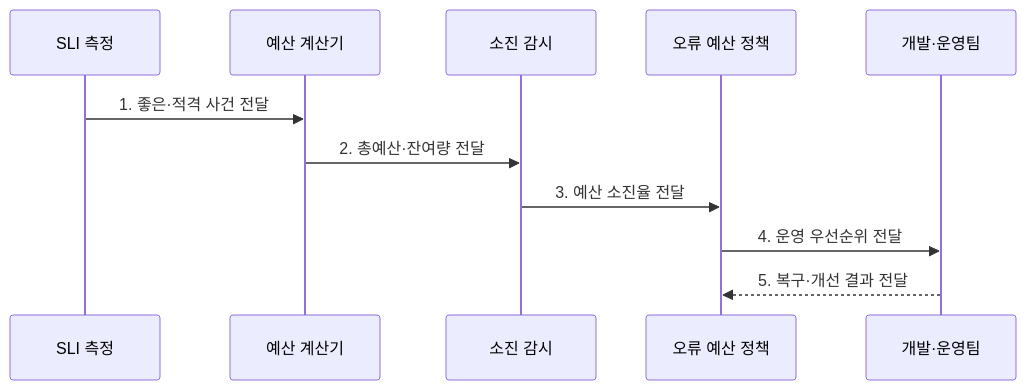
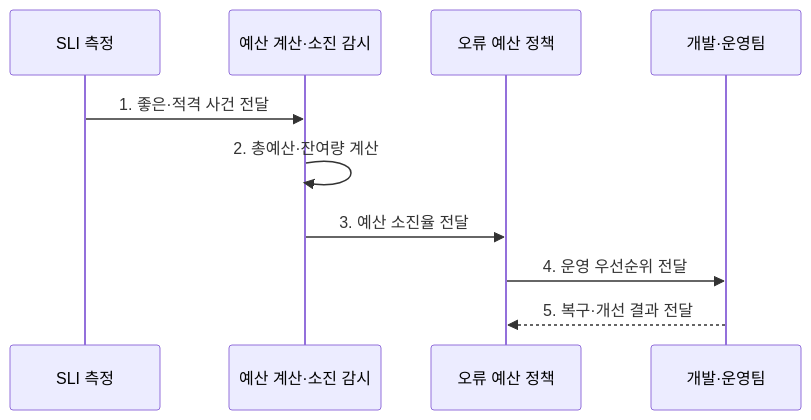
The second of 2 diagrams in src/content/docs/notes/08-latest-tech/174_error_budget.md (agnusdei1207/knowledge-base), drawn with Mermaid before and after one commit. The commit also changed 9 other files, not shown here.

Commit message:
Simplify distributed platform flows

````diff
--- a/src/content/docs/notes/08-latest-tech/174_error_budget.md
+++ b/src/content/docs/notes/08-latest-tech/174_error_budget.md
@@ -99,13 +99,12 @@
 ```mermaid
 sequenceDiagram
     participant S as SLI 측정
-    participant B as 예산 계산기
-    participant M as 소진 감시
+    participant B as 예산 계산·소진 감시
     participant P as 오류 예산 정책
     participant D as 개발·운영팀
     S->>B: 1. 좋은·적격 사건 전달
-    B->>M: 2. 총예산·잔여량 전달
-    M->>P: 3. 예산 소진율 전달
+    B->>B: 2. 총예산·잔여량 계산
+    B->>P: 3. 예산 소진율 전달
     P->>D: 4. 운영 우선순위 전달
     D-->>P: 5. 복구·개선 결과 전달
 ```
````
